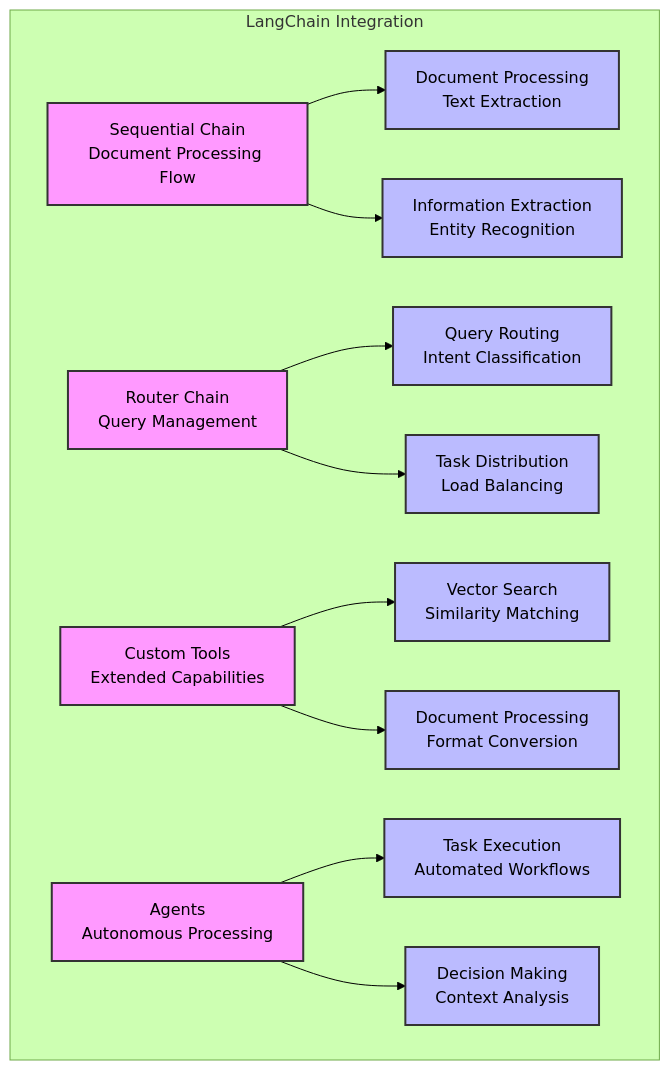
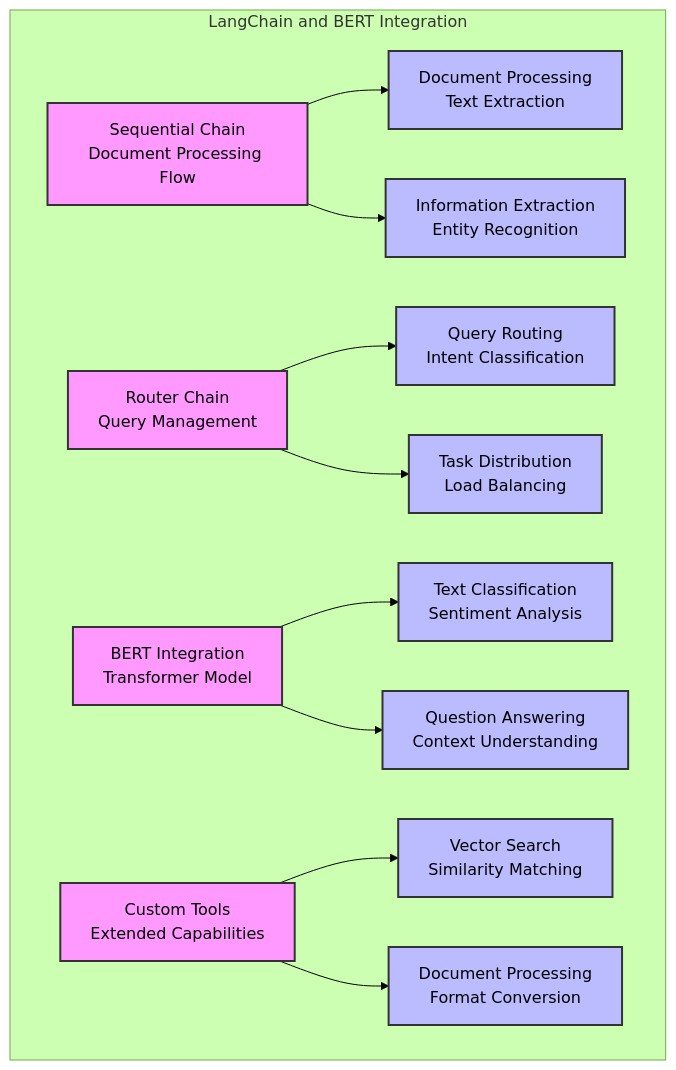
The second of 23 diagrams in README.md (Jencheng1/DocuVector), drawn with Mermaid (forest theme) before and after one commit. The commit also changed other lines of this file and 8 other files, not shown here.

````diff
--- a/README.md
+++ b/README.md
@@ -73,26 +73,26 @@
 ```mermaid
 graph TD
     style A fill:#f9f,stroke:#333,stroke-width:2px
     style B fill:#bbf,stroke:#333,stroke-width:2px
     style C fill:#bbf,stroke:#333,stroke-width:2px
     style D fill:#f9f,stroke:#333,stroke-width:2px
     style E fill:#bbf,stroke:#333,stroke-width:2px
     style F fill:#bbf,stroke:#333,stroke-width:2px
     style G fill:#f9f,stroke:#333,stroke-width:2px
     style H fill:#bbf,stroke:#333,stroke-width:2px
     style I fill:#bbf,stroke:#333,stroke-width:2px
     style J fill:#f9f,stroke:#333,stroke-width:2px
     style K fill:#bbf,stroke:#333,stroke-width:2px
     style L fill:#bbf,stroke:#333,stroke-width:2px
 
-    subgraph "LangChain Integration"
+    subgraph "LangChain and BERT Integration"
         A[Sequential Chain<br/>Document Processing Flow] --> B[Document Processing<br/>Text Extraction]
         A --> C[Information Extraction<br/>Entity Recognition]
         D[Router Chain<br/>Query Management] --> E[Query Routing<br/>Intent Classification]
         D --> F[Task Distribution<br/>Load Balancing]
-        G[Custom Tools<br/>Extended Capabilities] --> H[Vector Search<br/>Similarity Matching]
-        G --> I[Document Processing<br/>Format Conversion]
-        J[Agents<br/>Autonomous Processing] --> K[Task Execution<br/>Automated Workflows]
-        J --> L[Decision Making<br/>Context Analysis]
+        G[BERT Integration<br/>Transformer Model] --> H[Text Classification<br/>Sentiment Analysis]
+        G --> I[Question Answering<br/>Context Understanding]
+        J[Custom Tools<br/>Extended Capabilities] --> K[Vector Search<br/>Similarity Matching]
+        J --> L[Document Processing<br/>Format Conversion]
     end
 ```
````
